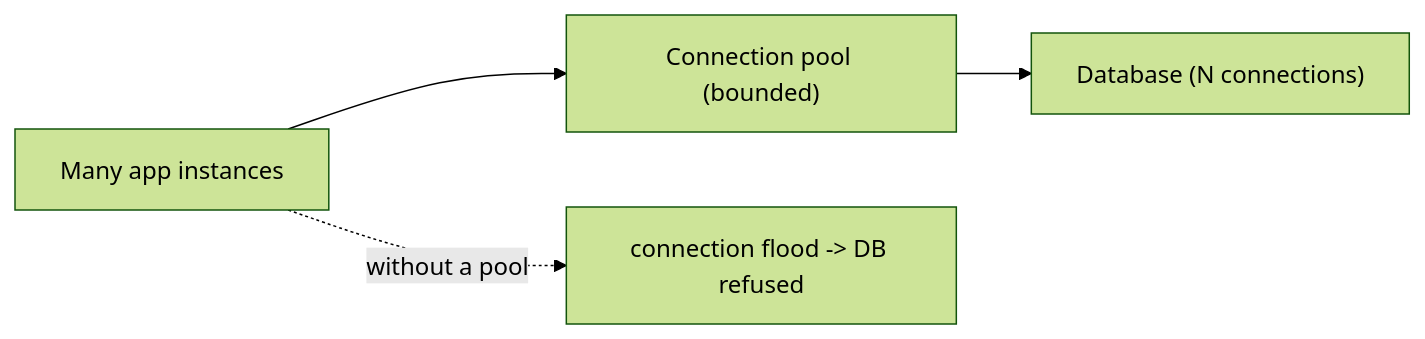
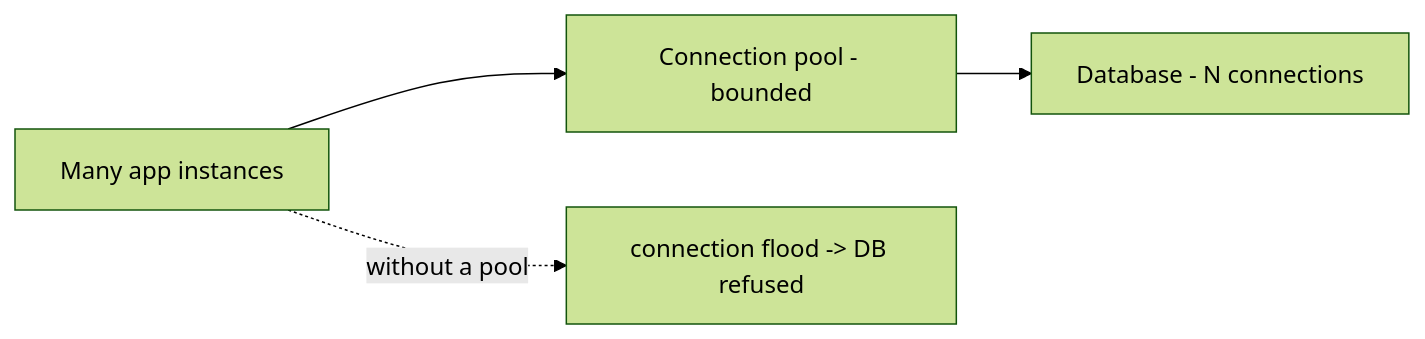
The first of 3 diagrams in docs/02-core-components/06-workers-schedulers-notifications.md (RIT-MESH/system-design-mastery), drawn with Mermaid (forest theme) before and after one commit. The commit also changed other lines of this file and 139 other files, not shown here.

First line of the commit message:
Fix Mermaid parse errors: replace parentheses in node labels across 140 files

````diff
--- a/docs/02-core-components/06-workers-schedulers-notifications.md
+++ b/docs/02-core-components/06-workers-schedulers-notifications.md
@@ -17,7 +17,7 @@
 ```mermaid
 %% created-for: system-design-mastery
 flowchart LR
-  Apps["Many app instances"] --> Pool["Connection pool (bounded)"]
-  Pool --> DB["Database (N connections)"]
+  Apps["Many app instances"] --> Pool["Connection pool - bounded"]
+  Pool --> DB["Database - N connections"]
   Apps -.without a pool.-> Flood["connection flood -> DB refused"]
 ```
````
